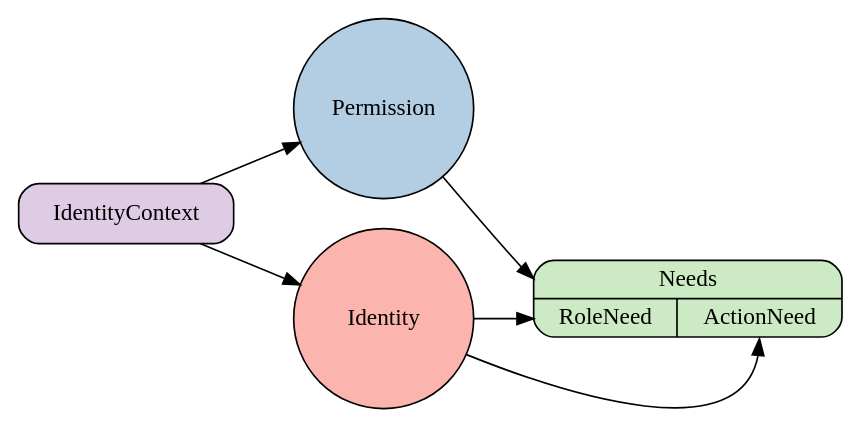
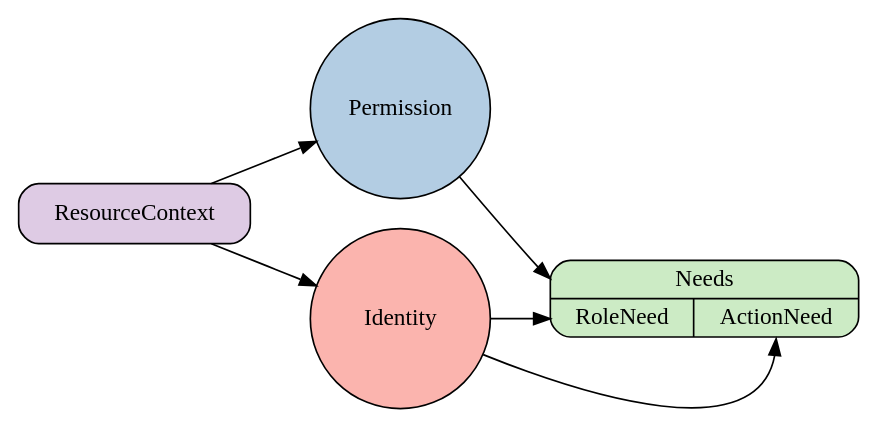
Before and after one commit to fdemmer/flask-principal: the diagram in docs/index.rst, drawn with Graphviz. The commit also changed other lines of this file and 6 other files, not shown here.

```diff
--- a/docs/index.rst
+++ b/docs/index.rst
@@ -58,18 +56,18 @@
 .. graphviz::
 
 
     digraph g {
         rankdir="LR" ;
         node [ colorscheme="pastel19" ];
         fixedsize = "true" ;
         i [label="Identity", shape="circle" style="filled" width="1.5", fillcolor="1"] ;
         p [label="Permission", shape="circle" style="filled" width="1.5" fillcolor="2"] ;
         n [label="<all> Needs|{<n1>RoleNeed|<n2>ActionNeed}", shape="Mrecord" style="filled" fillcolor="3"] ;
-        c [label="IdentityContext", shape="box" style="filled,rounded" fillcolor="4"] ;
+        c [label="ResourceContext", shape="box" style="filled,rounded" fillcolor="4"] ;
         p -> n:all ;
         c -> i ;
         c -> p ;
         i -> n:n1 ;
         i -> n:n2 ;
 
     }
```
